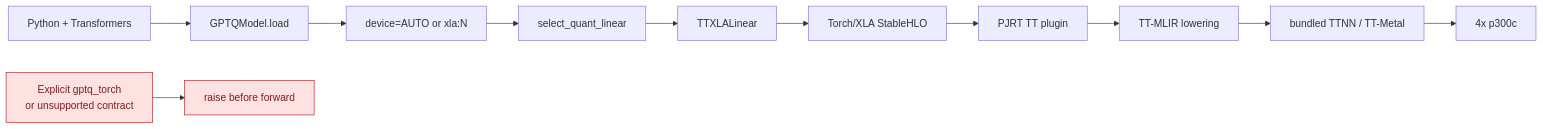
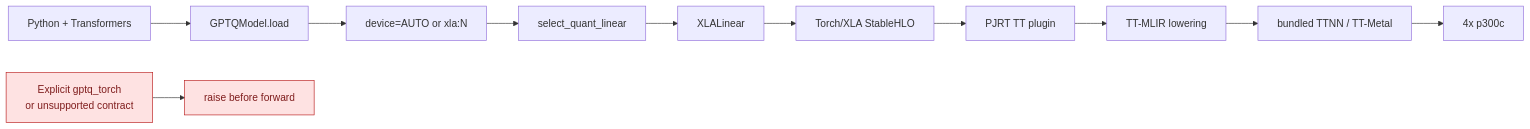
The first of 3 diagrams in docs/tenstorrent.md (ModelCloud/GPTQModel), drawn with Mermaid before and after one commit. The commit also changed other lines of this file and 6 other files, not shown here.

````diff
--- a/docs/tenstorrent.md
+++ b/docs/tenstorrent.md
@@ -22,15 +22,15 @@
 ```mermaid
 flowchart LR
     A["Python + Transformers"] --> B["GPTQModel.load"]
     B --> C["device=AUTO or xla:N"]
     C --> D["select_quant_linear"]
-    D --> E["TTXLALinear"]
+    D --> E["XLALinear"]
     E --> F["Torch/XLA StableHLO"]
     F --> G["PJRT TT plugin"]
     G --> H["TT-MLIR lowering"]
     H --> I["bundled TTNN / TT-Metal"]
     I --> J["4x p300c"]
 
     classDef fail fill:#fee2e2,stroke:#b91c1c,color:#7f1d1d;
     K["Explicit gptq_torch<br/>or unsupported contract"]:::fail --> L["raise before forward"]:::fail
 ```
````
